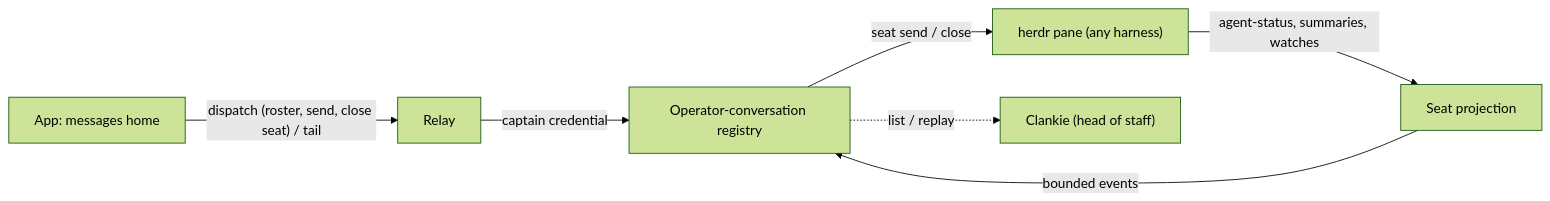
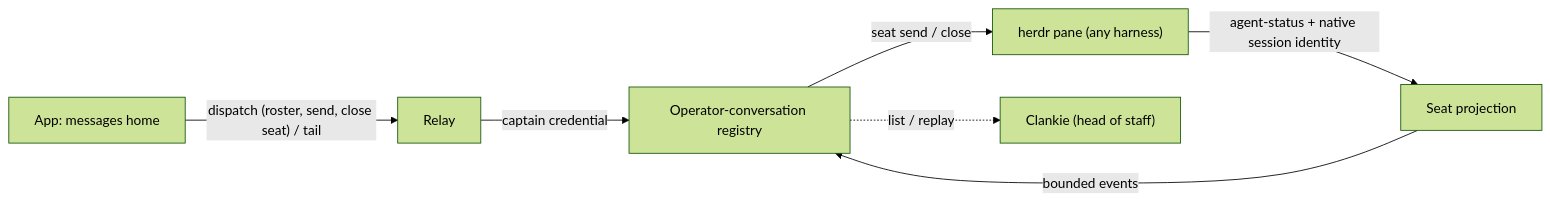
The diagram in docs/adr/0135-a-herdr-seat-is-a-conversation.md (Volpestyle/clankie), drawn with Mermaid (forest theme) before and after one commit. The commit also changed other lines of this file and 33 other files, not shown here.

````diff
--- a/docs/adr/0135-a-herdr-seat-is-a-conversation.md
+++ b/docs/adr/0135-a-herdr-seat-is-a-conversation.md
@@ -115,9 +146,9 @@
 ```mermaid
 flowchart LR
   App["App: messages home"] -->|"dispatch (roster, send, close seat) / tail"| Relay
   Relay -->|captain credential| Registry["Operator-conversation registry"]
   Registry -->|"seat send / close"| Pane["herdr pane (any harness)"]
-  Pane -->|"agent-status, summaries, watches"| Proj["Seat projection"]
+  Pane -->|"agent-status + native session identity"| Proj["Seat projection"]
   Proj -->|"bounded events"| Registry
   Registry -.->|"list / replay"| Captain["Clankie (head of staff)"]
 ```
````
